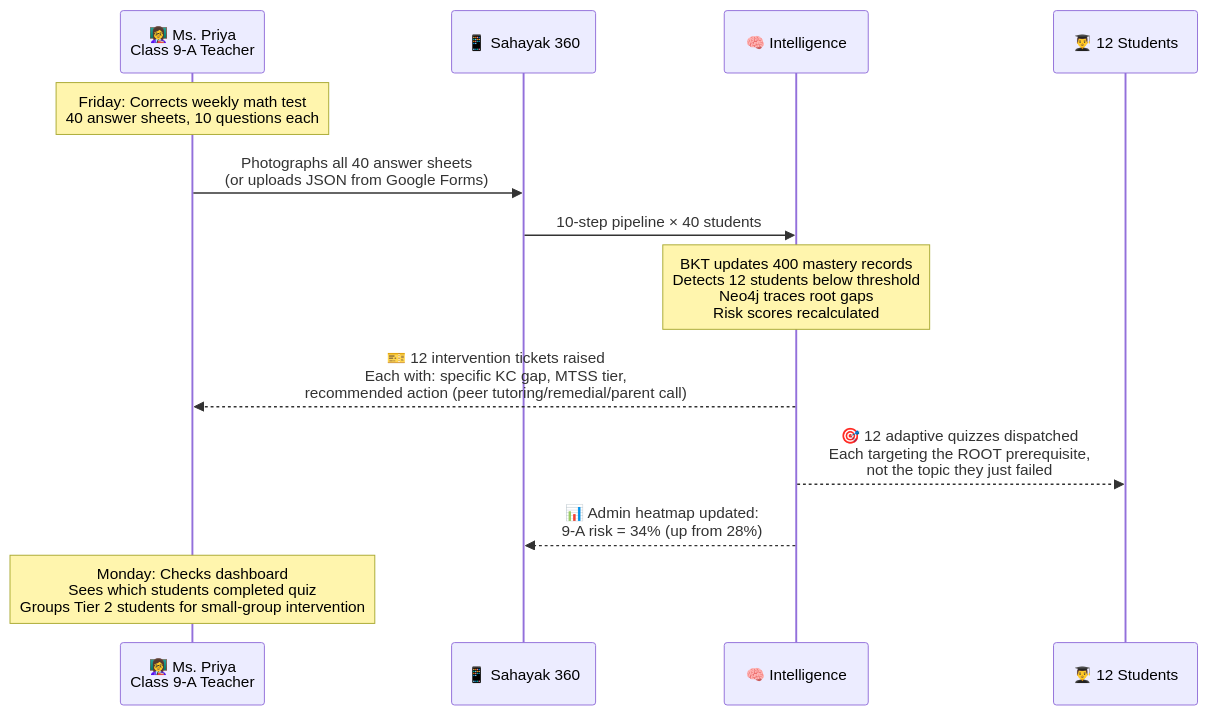
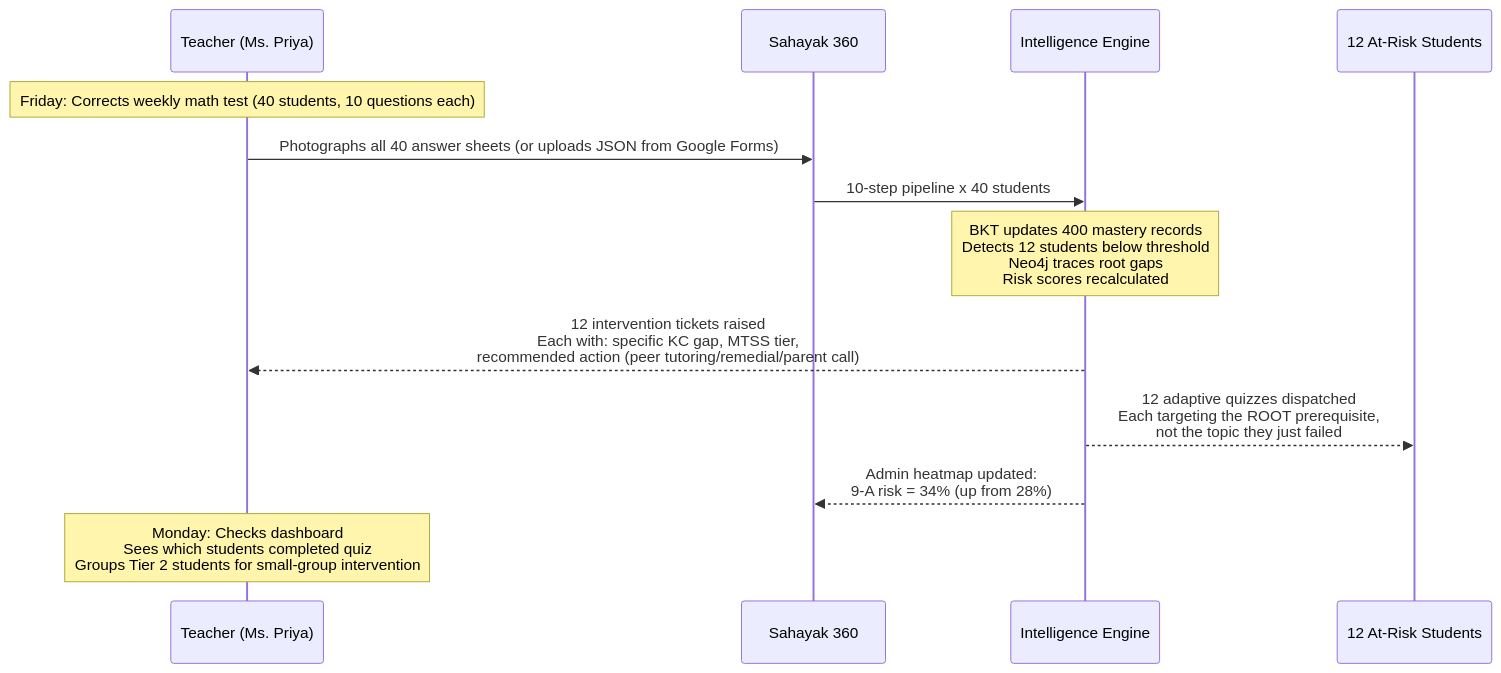
The second of 12 diagrams in README.md (SanjayS-007/sahayak360-mvp), drawn with Mermaid before and after one commit. The commit also changed other lines of this file, not shown here.

````diff
--- a/README.md
+++ b/README.md
@@ -116,20 +97,20 @@
 ```mermaid
 sequenceDiagram
-    participant T as 👩‍🏫 Ms. Priya<br/>Class 9-A Teacher
-    participant S as 📱 Sahayak 360
-    participant DB as 🧠 Intelligence
-    participant STU as 👨‍🎓 12 Students
+    participant T as Teacher (Ms. Priya)
+    participant S as Sahayak 360
+    participant DB as Intelligence Engine
+    participant STU as 12 At-Risk Students
 
-    Note over T: Friday: Corrects weekly math test<br/>40 answer sheets, 10 questions each
+    Note over T: Friday: Corrects weekly math test (40 students, 10 questions each)
 
-    T->>S: Photographs all 40 answer sheets<br/>(or uploads JSON from Google Forms)
-    S->>DB: 10-step pipeline × 40 students
+    T->>S: Photographs all 40 answer sheets (or uploads JSON from Google Forms)
+    S->>DB: 10-step pipeline x 40 students
     
     Note over DB: BKT updates 400 mastery records<br/>Detects 12 students below threshold<br/>Neo4j traces root gaps<br/>Risk scores recalculated
 
-    DB-->>T: 🎫 12 intervention tickets raised<br/>Each with: specific KC gap, MTSS tier,<br/>recommended action (peer tutoring/remedial/parent call)
-    DB-->>STU: 🎯 12 adaptive quizzes dispatched<br/>Each targeting the ROOT prerequisite,<br/>not the topic they just failed
-    DB-->>S: 📊 Admin heatmap updated:<br/>9-A risk = 34% (up from 28%)
+    DB-->>T: 12 intervention tickets raised<br/>Each with: specific KC gap, MTSS tier,<br/>recommended action (peer tutoring/remedial/parent call)
+    DB-->>STU: 12 adaptive quizzes dispatched<br/>Each targeting the ROOT prerequisite,<br/>not the topic they just failed
+    DB-->>S: Admin heatmap updated:<br/>9-A risk = 34% (up from 28%)
 
     Note over T: Monday: Checks dashboard<br/>Sees which students completed quiz<br/>Groups Tier 2 students for small-group intervention
 ```
````
